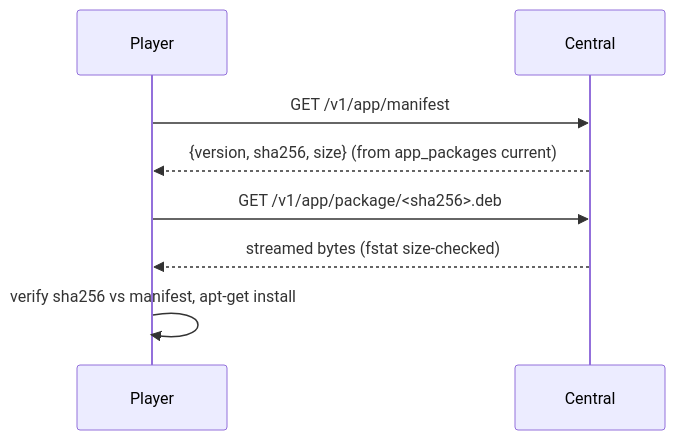
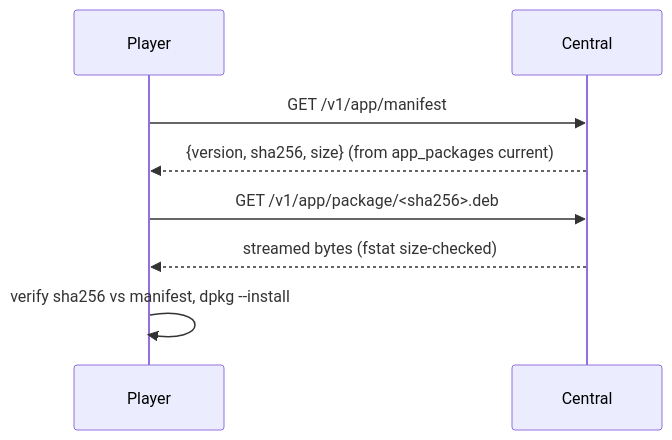
Before and after one commit to mcurcio/photo-wall: the fourth of 6 diagrams in docs/decisions/0010-github-release-sourcing.md, drawn with Mermaid. The commit also changed other lines of this file and 2 other files, not shown here.

Commit message:
fix(player): review findings on PR #28
- The demo wall's Player wheel ships uplink only when the requested
  revision has it, so the documented benchmark revision builds again.
- Decision 0010 says the Player installs with dpkg alone, not apt.

The third finding (no gateway route timeout for the ~100 MB base) is
fixed in the paired iac change.

````diff
--- a/docs/decisions/0010-github-release-sourcing.md
+++ b/docs/decisions/0010-github-release-sourcing.md
@@ -347,10 +347,10 @@
 ```mermaid
 sequenceDiagram
   participant P as Player
   participant C as Central
   P->>C: GET /v1/app/manifest
   C-->>P: {version, sha256, size} (from app_packages current)
   P->>C: GET /v1/app/package/<sha256>.deb
   C-->>P: streamed bytes (fstat size-checked)
-  P->>P: verify sha256 vs manifest, apt-get install
+  P->>P: verify sha256 vs manifest, dpkg --install
 ```
````
